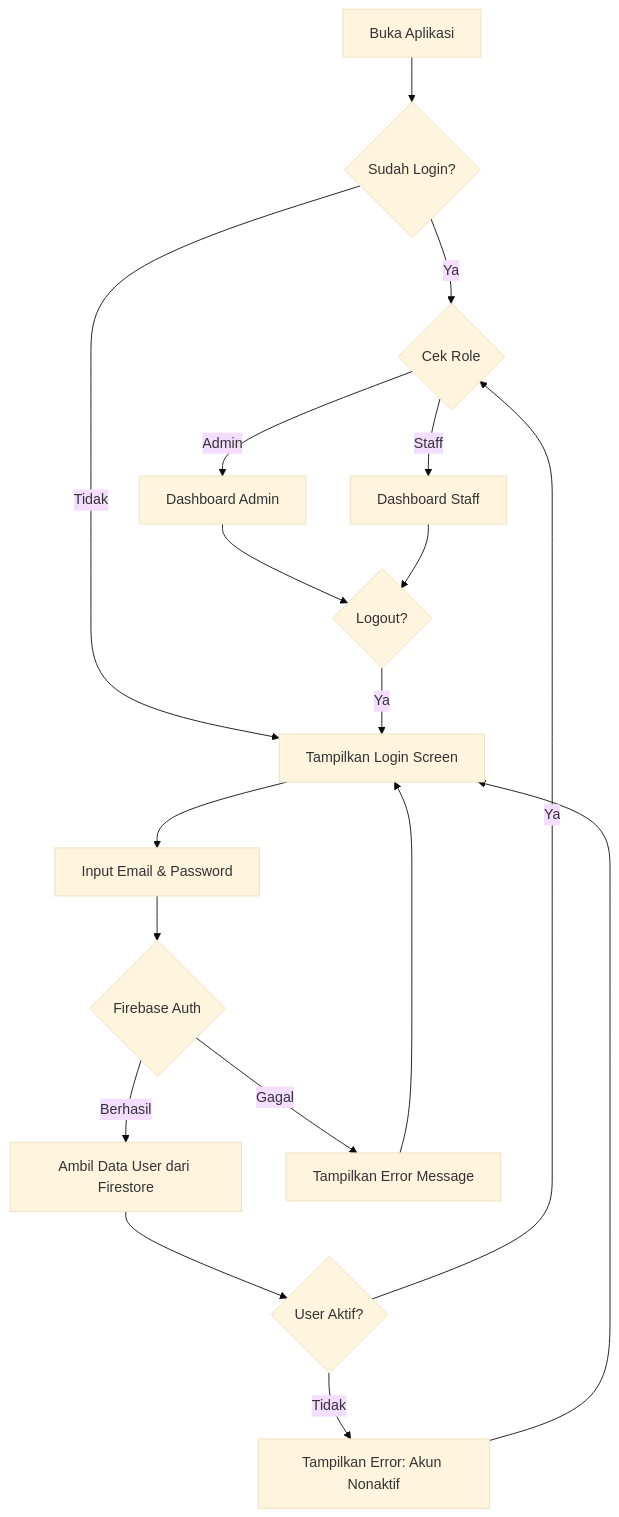
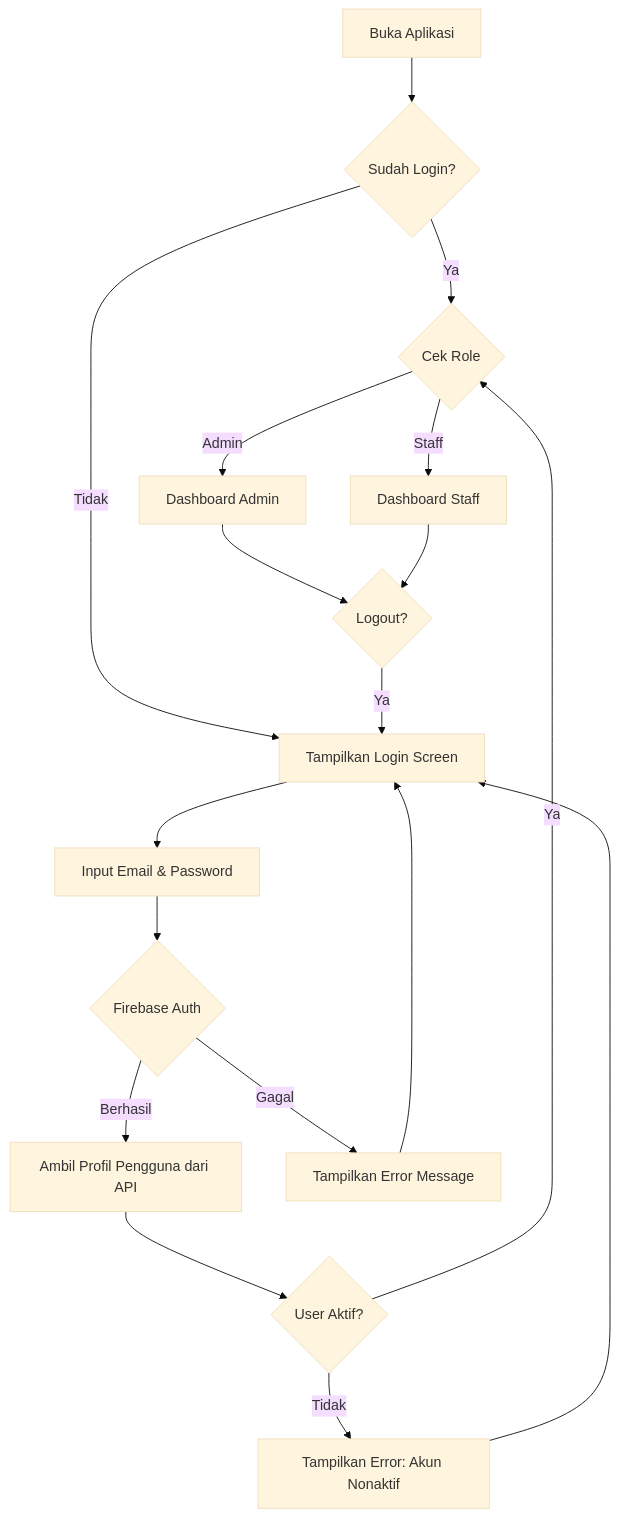
One commit to ryceryce/JoyMilk changed the first of 4 diagrams in docs/PRD.md. Above: the diagram before and after it, drawn with Mermaid (base theme). The commit also changed other lines of this file and 57 other files, not shown here.

````diff
--- a/docs/PRD.md
+++ b/docs/PRD.md
@@ -115,20 +114,20 @@
 ```mermaid
 flowchart TD
     A["Buka Aplikasi"] --> B{"Sudah Login?"}
     B -- Ya --> C{"Cek Role"}
     B -- Tidak --> D["Tampilkan Login Screen"]
     D --> E["Input Email & Password"]
     E --> F{"Firebase Auth"}
-    F -- Berhasil --> G["Ambil Data User dari Firestore"]
+    F -- Berhasil --> G["Ambil Profil Pengguna dari API"]
     G --> H{"User Aktif?"}
     H -- Ya --> C
     H -- Tidak --> I["Tampilkan Error: Akun Nonaktif"]
     I --> D
     F -- Gagal --> J["Tampilkan Error Message"]
     J --> D
     C -- Admin --> K["Dashboard Admin"]
     C -- Staff --> L["Dashboard Staff"]
     K --> M{"Logout?"}
     L --> M
     M -- Ya --> D
 ```
````
